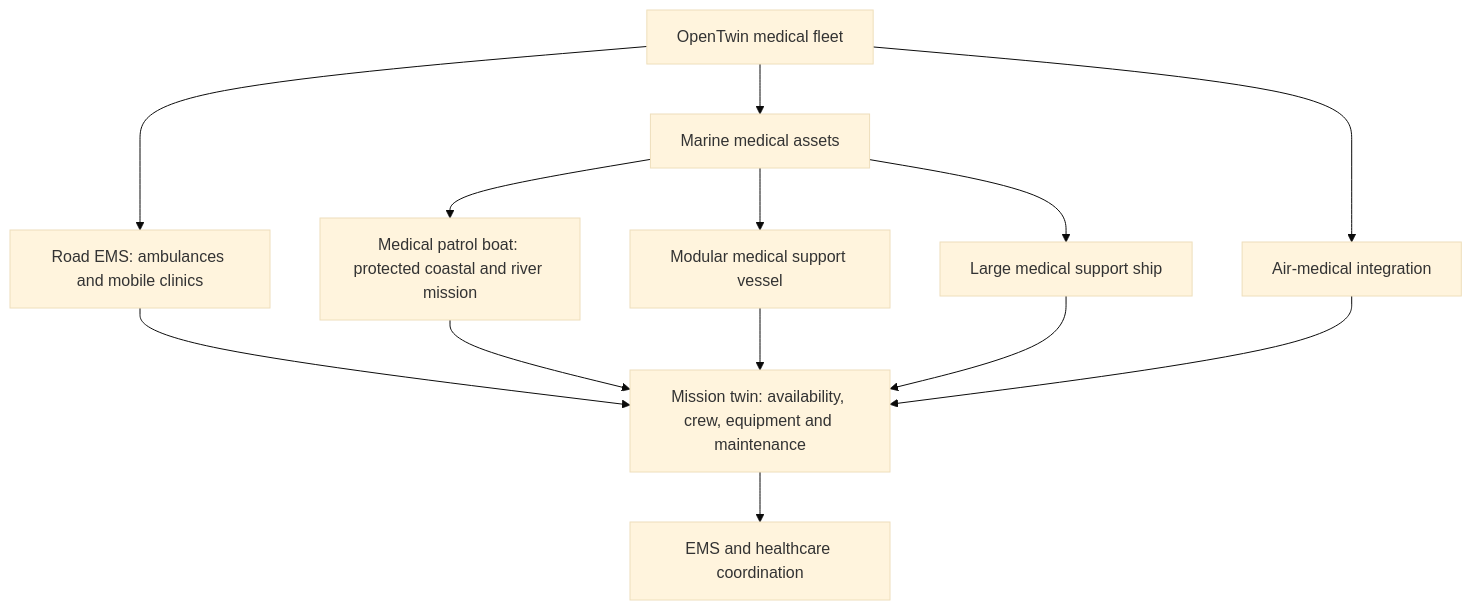
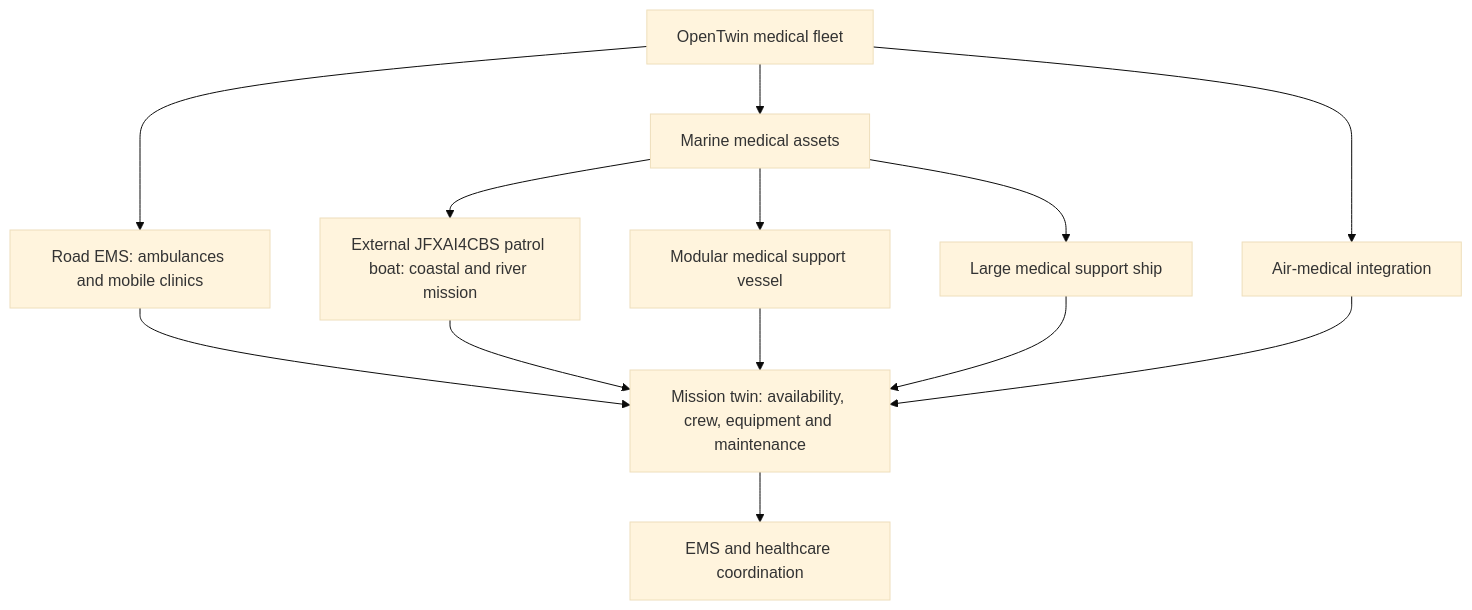
Before and after one commit to robotics-intelligent-systems/jfxhms: the diagram in docs/architecture/07-opentwin-medical-fleet.mmd, drawn with Mermaid (base theme). The commit also changed 7 other files, not shown here.

Commit message:
docs: align patrol boat and hydrogen-electric helicopter migration to JFXAI4CBS

```diff
--- a/docs/architecture/07-opentwin-medical-fleet.mmd
+++ b/docs/architecture/07-opentwin-medical-fleet.mmd
@@ -1,13 +1,13 @@
 flowchart TB
     Fleet["OpenTwin medical fleet"] --> Road["Road EMS: ambulances and mobile clinics"]
     Fleet --> Marine["Marine medical assets"]
     Fleet --> Air["Air-medical integration"]
-    Marine --> Patrol["Medical patrol boat: protected coastal and river mission"]
+    Marine --> Patrol["External JFXAI4CBS patrol boat: coastal and river mission"]
     Marine --> Modular["Modular medical support vessel"]
     Marine --> Ship["Large medical support ship"]
     Road --> Mission["Mission twin: availability, crew, equipment and maintenance"]
     Patrol --> Mission
     Modular --> Mission
     Ship --> Mission
     Air --> Mission
     Mission --> Platform["EMS and healthcare coordination"]
```
